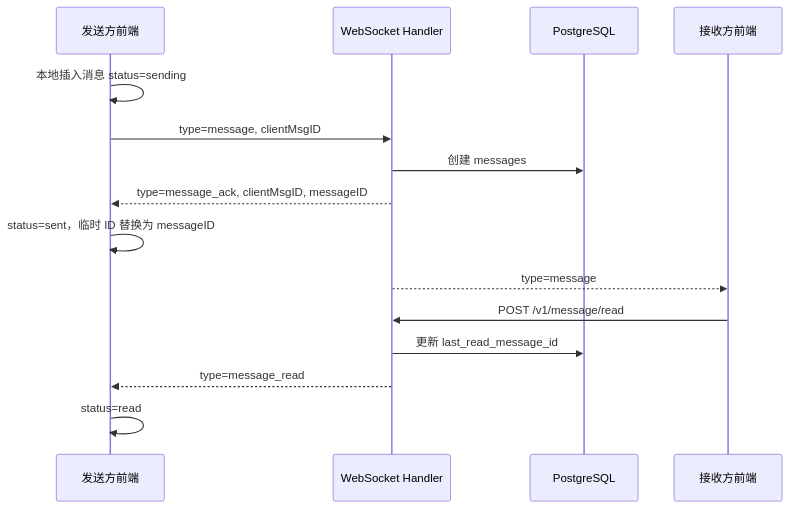
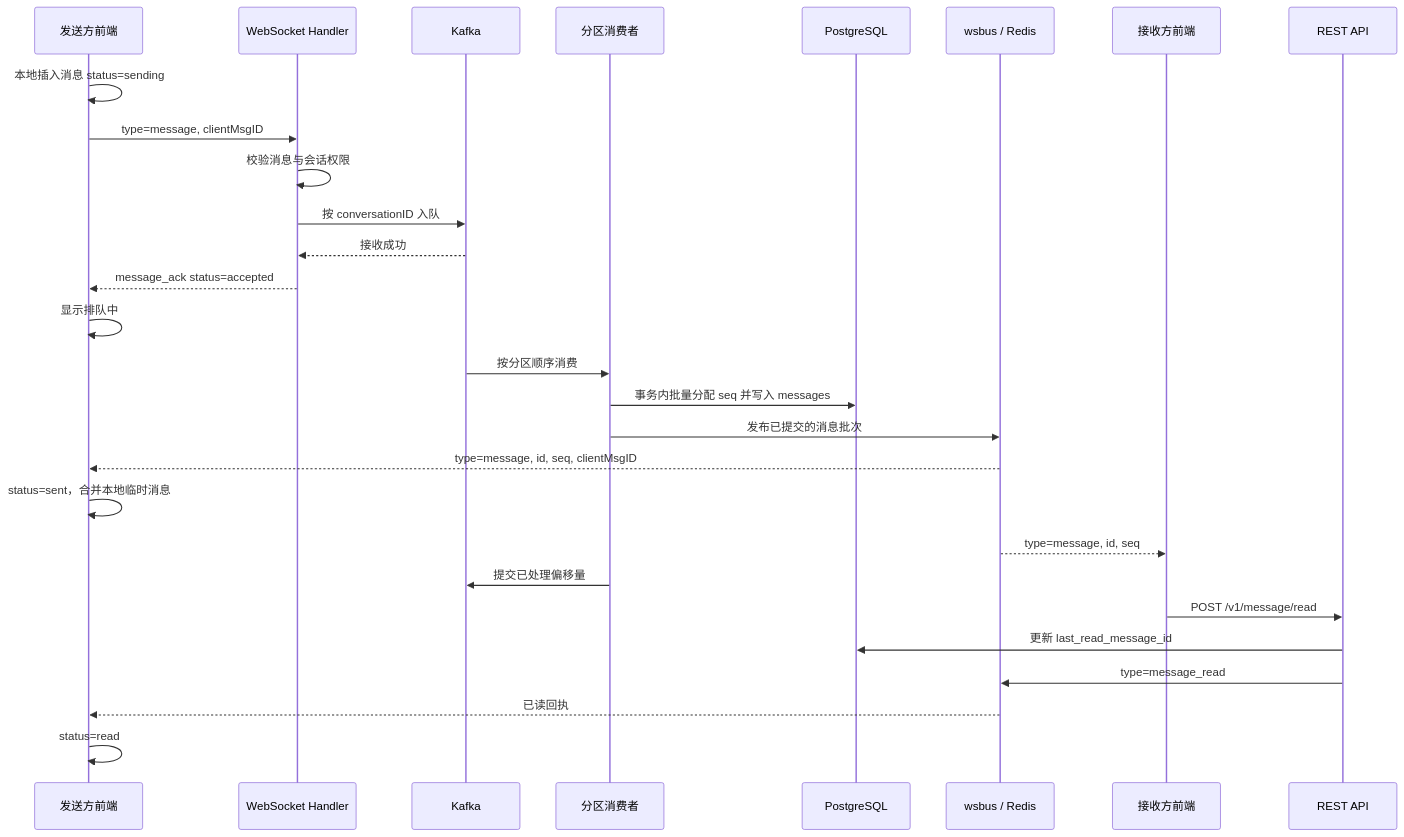
The fourth of 4 diagrams in README.md (Wh1teCaat/go-chat), drawn with Mermaid before and after one commit. The commit also changed other lines of this file and 15 other files, not shown here.

````diff
--- a/README.md
+++ b/README.md
@@ -210,18 +238,31 @@
 ```mermaid
 sequenceDiagram
     participant A as 发送方前端
     participant WS as WebSocket Handler
+    participant K as Kafka
+    participant C as 分区消费者
     participant DB as PostgreSQL
+    participant Bus as wsbus / Redis
     participant B as 接收方前端
+    participant API as REST API
 
     A->>A: 本地插入消息 status=sending
     A->>WS: type=message, clientMsgID
-    WS->>DB: 创建 messages
-    WS-->>A: type=message_ack, clientMsgID, messageID
-    A->>A: status=sent，临时 ID 替换为 messageID
-    WS-->>B: type=message
-    B->>WS: POST /v1/message/read
-    WS->>DB: 更新 last_read_message_id
-    WS-->>A: type=message_read
+    WS->>WS: 校验消息与会话权限
+    WS->>K: 按 conversationID 入队
+    K-->>WS: 接收成功
+    WS-->>A: message_ack status=accepted
+    A->>A: 显示排队中
+    K->>C: 按分区顺序消费
+    C->>DB: 事务内批量分配 seq 并写入 messages
+    C->>Bus: 发布已提交的消息批次
+    Bus-->>A: type=message, id, seq, clientMsgID
+    A->>A: status=sent，合并本地临时消息
+    Bus-->>B: type=message, id, seq
+    C->>K: 提交已处理偏移量
+    B->>API: POST /v1/message/read
+    API->>DB: 更新 last_read_message_id
+    API->>Bus: type=message_read
+    Bus-->>A: 已读回执
     A->>A: status=read
 ```
````
